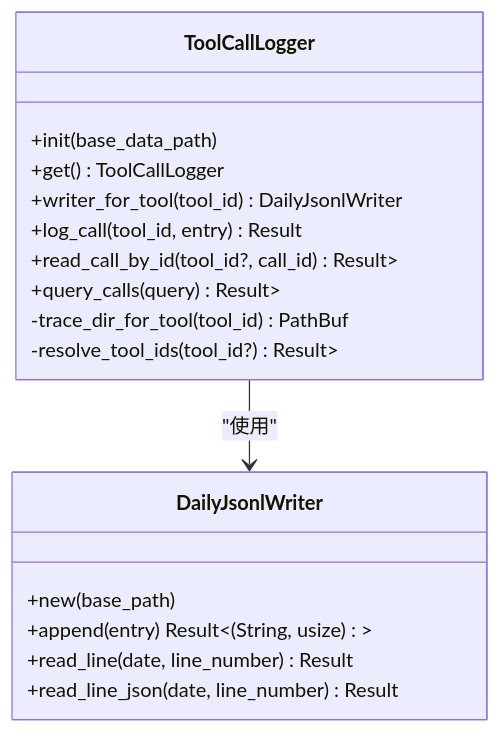
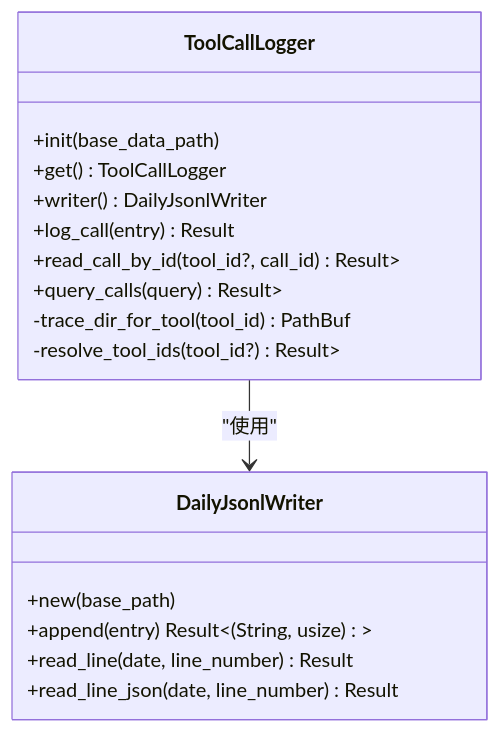
One commit to runningcoders/ai_orz changed the fourth of 7 diagrams in docs/wiki/zh/content/基础设施/AOP 事件系统/事件消费者/工具执行日志消费者.md. Above: the diagram before and after it, drawn with Mermaid. The commit also changed other lines of this file and 6 other files, not shown here.

Commit message:
docs(wiki): 同步工具调用追踪与记忆写入现状 — call trace 路径改为 tools/call_trace/{YYYYMMDD}.jsonl，log_call/DailyJsonlWriter 签名与时序图更新（拉平 + 不数行 + append_batch），ToolCallLogger 不再按 tool_id 组织目录

````diff
--- a/docs/wiki/zh/content/基础设施/AOP 事件系统/事件消费者/工具执行日志消费者.md
+++ b/docs/wiki/zh/content/基础设施/AOP 事件系统/事件消费者/工具执行日志消费者.md
@@ -151,20 +153,20 @@
 ```mermaid
 classDiagram
 class ToolCallLogger {
 +init(base_data_path)
 +get() ToolCallLogger
-+writer_for_tool(tool_id) DailyJsonlWriter
-+log_call(tool_id, entry) Result
++writer() DailyJsonlWriter
++log_call(entry) Result
 +read_call_by_id(tool_id?, call_id) Result<Option<Entry>>
 +query_calls(query) Result<Vec<Entry>>
 -trace_dir_for_tool(tool_id) PathBuf
 -resolve_tool_ids(tool_id?) Result<Vec<String>>
 }
 class DailyJsonlWriter {
 +new(base_path)
 +append(entry) Result<(String, usize)>
 +read_line(date, line_number) Result<String>
 +read_line_json(date, line_number) Result<T>
 }
 ToolCallLogger --> DailyJsonlWriter : "使用"
 ```
````
